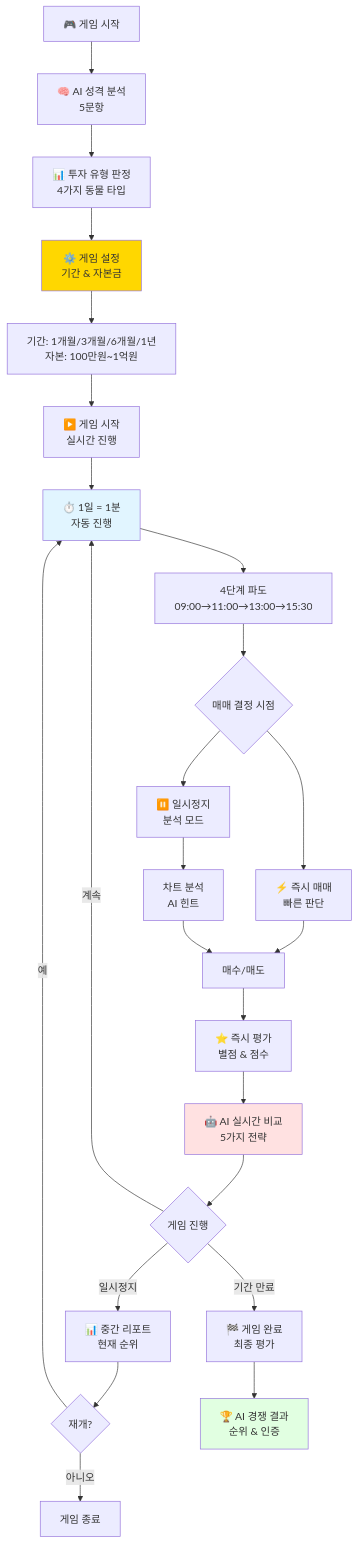
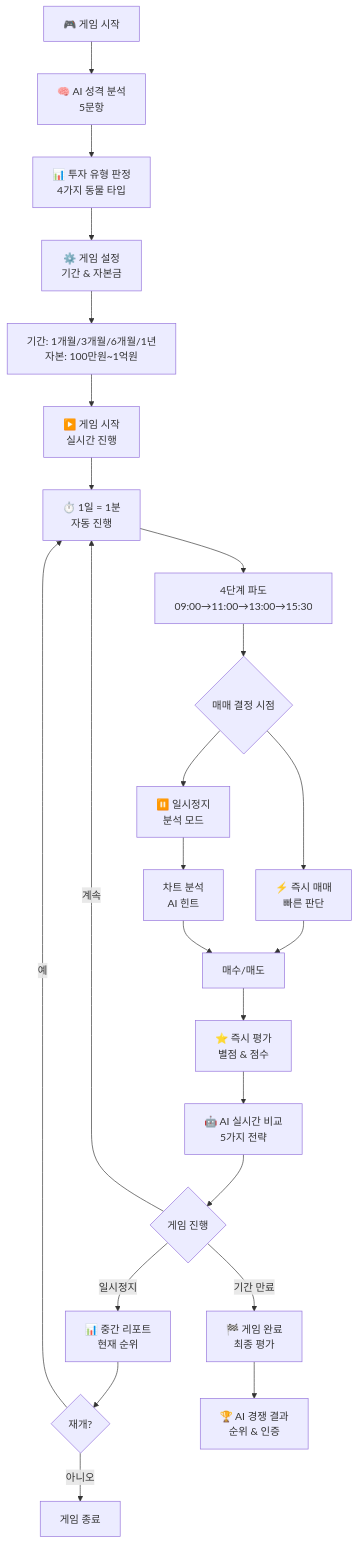
The first of 5 diagrams in README.md (Collegenie-X/stock_simulation), drawn with Mermaid before and after one commit. The commit also changed other lines of this file, not shown here.

````diff
--- a/README.md
+++ b/README.md
@@ -984,41 +1257,38 @@
 ```mermaid
 flowchart TD
     A[🎮 게임 시작] --> B[🧠 AI 성격 분석<br/>5문항]
     B --> C[📊 투자 유형 판정<br/>4가지 동물 타입]
     C --> D[⚙️ 게임 설정<br/>기간 & 자본금]
     
     D --> D1[기간: 1개월/3개월/6개월/1년<br/>자본: 100만원~1억원]
     D1 --> E[▶️ 게임 시작<br/>실시간 진행]
     
     E --> F[⏱️ 1일 = 1분<br/>자동 진행]
     F --> G[4단계 파도<br/>09:00→11:00→13:00→15:30]
     
     G --> H{매매 결정 시점}
     H --> I[⚡ 즉시 매매<br/>빠른 판단]
     H --> J[⏸️ 일시정지<br/>분석 모드]
     
     I --> K[매수/매도]
     J --> L[차트 분석<br/>AI 힌트]
     L --> K
     
     K --> M[⭐ 즉시 평가<br/>별점 & 점수]
     
     M --> N[🤖 AI 실시간 비교<br/>5가지 전략]
     
     N --> O{게임 진행}
     O -->|계속| F
     O -->|일시정지| P[📊 중간 리포트<br/>현재 순위]
     
     P --> Q{재개?}
     Q -->|예| F
     Q -->|아니오| R[게임 종료]
     
     O -->|기간 만료| S[🏁 게임 완료<br/>최종 평가]
     
     S --> T[🏆 AI 경쟁 결과<br/>순위 & 인증]
     
-    style D fill:#ffd700
-    style F fill:#e1f5ff
-    style N fill:#ffe1e1
-    style T fill:#e1ffe1
+   
 ```
````
